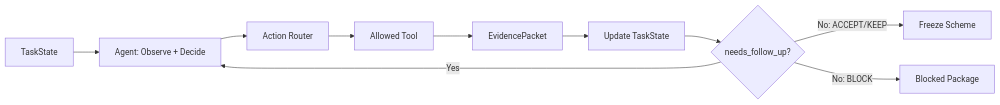
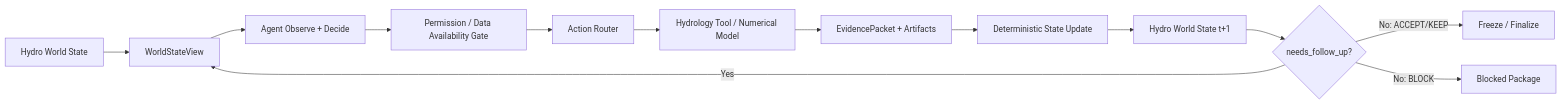
Before and after one commit to Inupedia/hydro-agent: the diagram in docs/课题完整方案.md, drawn with Mermaid. The commit also changed other lines of this file, not shown here.

Commit message:
docs(research): integrate world model and data contract into full plan

````diff
--- a/docs/课题完整方案.md
+++ b/docs/课题完整方案.md
@@ -278,12 +669,15 @@
 ```mermaid
 flowchart LR
-    T[TaskState] --> A[Agent: Observe + Decide]
-    A --> R[Action Router]
-    R --> X[Allowed Tool]
-    X --> E[EvidencePacket]
-    E --> U[Update TaskState]
-    U --> Q{needs_follow_up?}
-    Q -->|Yes| A
-    Q -->|No: ACCEPT/KEEP| F[Freeze Scheme]
+    W[Hydro World State] --> V[WorldStateView]
+    V --> A[Agent Observe + Decide]
+    A --> P[Permission / Data Availability Gate]
+    P --> R[Action Router]
+    R --> T[Hydrology Tool / Numerical Model]
+    T --> E[EvidencePacket + Artifacts]
+    E --> U[Deterministic State Update]
+    U --> W2[Hydro World State t+1]
+    W2 --> Q{needs_follow_up?}
+    Q -->|Yes| V
+    Q -->|No: ACCEPT/KEEP| F[Freeze / Finalize]
     Q -->|No: BLOCK| B[Blocked Package]
 ```
````
